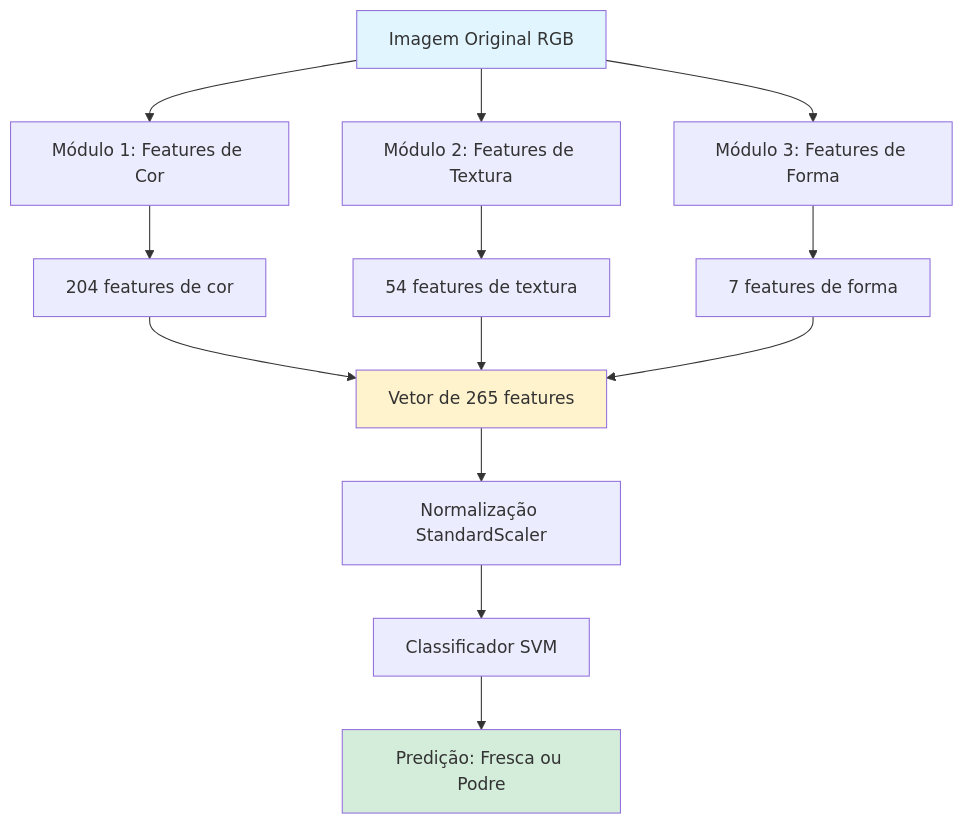
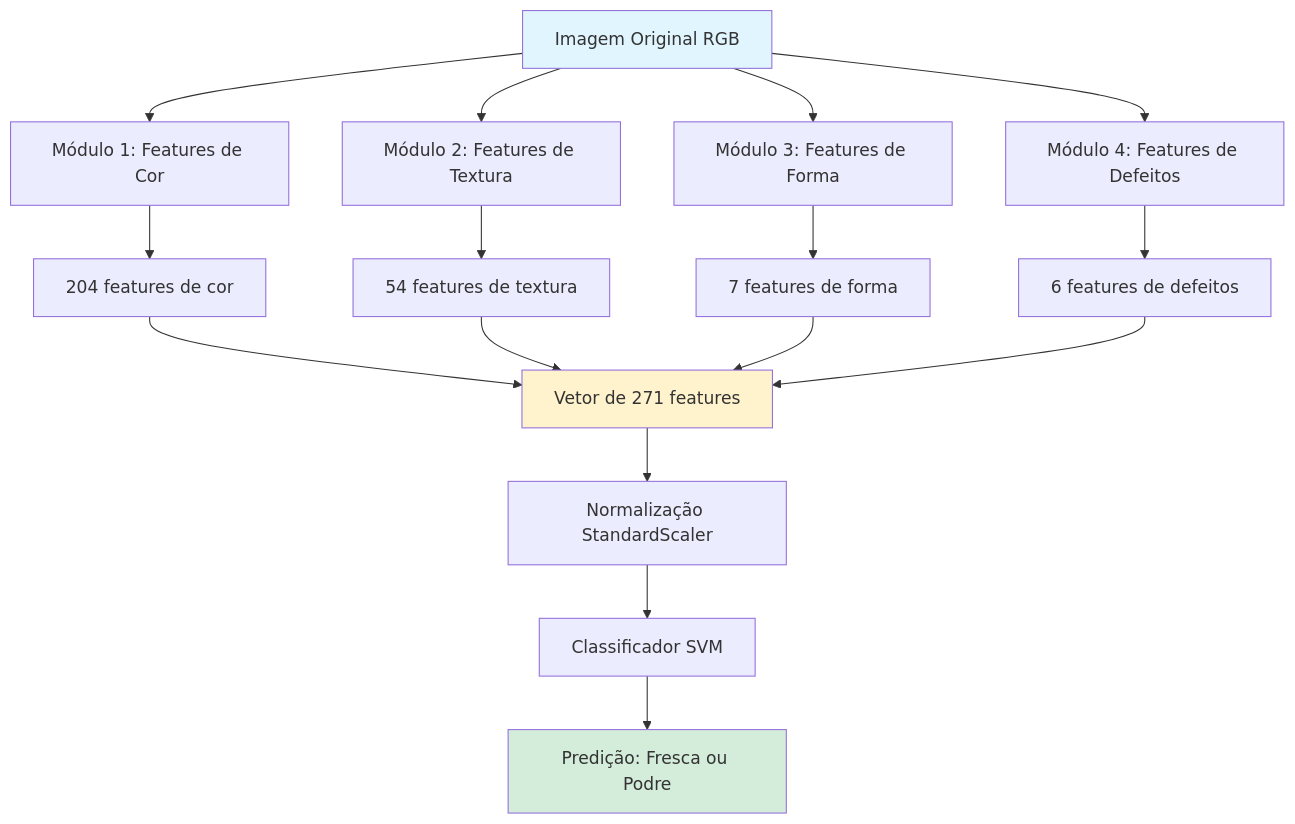
The diagram in EXPLICACAO_PIPELINE.md (ReinanPL/fruit-inspection), drawn with Mermaid before and after one commit. The commit also changed other lines of this file and 7 other files, not shown here.

````diff
--- a/EXPLICACAO_PIPELINE.md
+++ b/EXPLICACAO_PIPELINE.md
@@ -17,22 +17,25 @@
 ```mermaid
 graph TD
     A[Imagem Original RGB] --> B[Módulo 1: Features de Cor]
     A --> C[Módulo 2: Features de Textura]
     A --> D[Módulo 3: Features de Forma]
+    A --> E[Módulo 4: Features de Defeitos]
     
-    B --> E[204 features de cor]
-    C --> F[54 features de textura]
-    D --> G[7 features de forma]
+    B --> F[204 features de cor]
+    C --> G[54 features de textura]
+    D --> H[7 features de forma]
+    E --> I[6 features de defeitos]
     
-    E --> H[Vetor de 265 features]
-    F --> H
-    G --> H
+    F --> J[Vetor de 271 features]
+    G --> J
+    H --> J
+    I --> J
     
-    H --> I[Normalização StandardScaler]
-    I --> J[Classificador SVM]
-    J --> K[Predição: Fresca ou Podre]
+    J --> K[Normalização StandardScaler]
+    K --> L[Classificador SVM]
+    L --> M[Predição: Fresca ou Podre]
     
     style A fill:#e1f5ff
-    style H fill:#fff3cd
-    style K fill:#d4edda
+    style J fill:#fff3cd
+    style M fill:#d4edda
 ```
````
